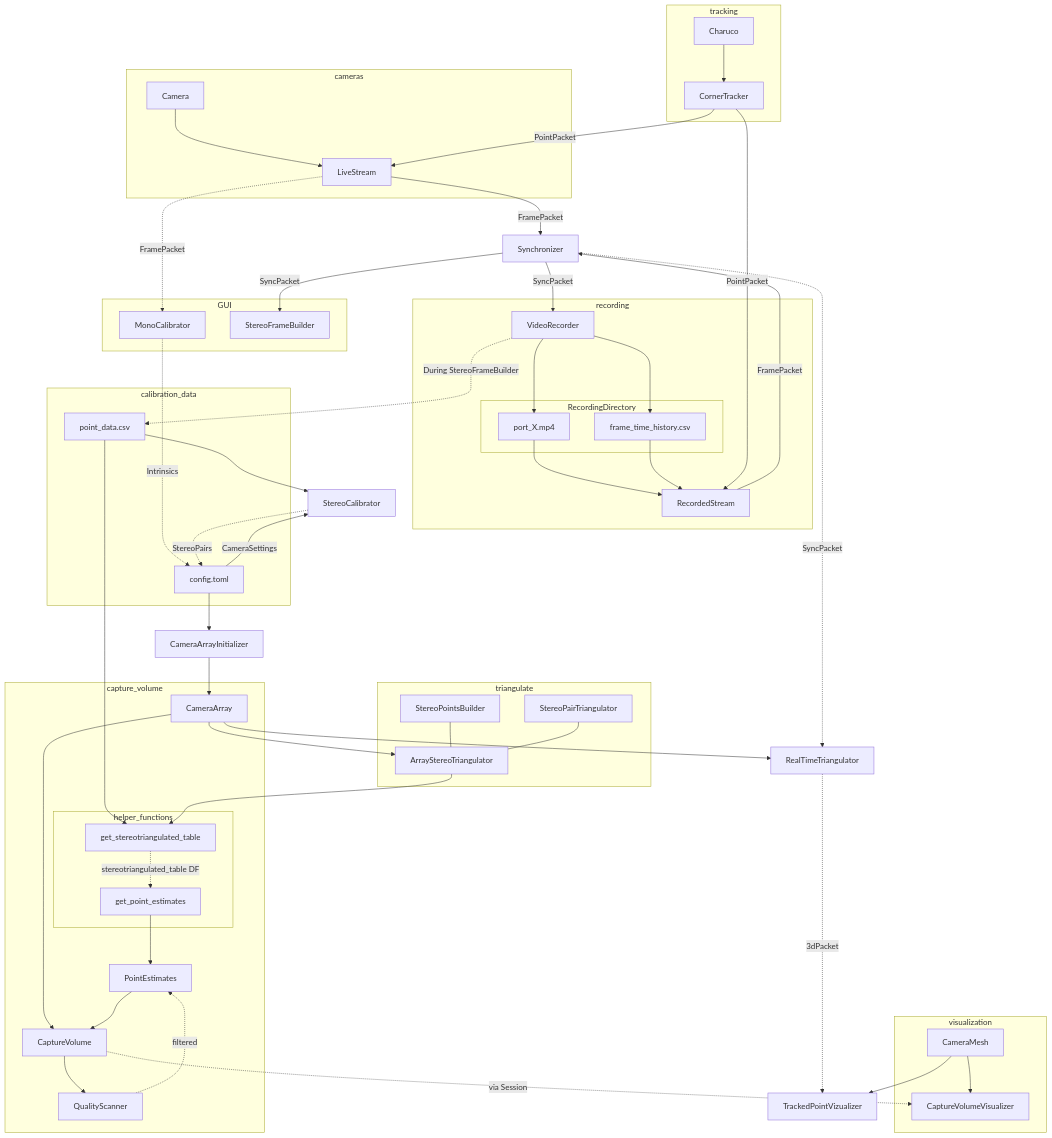
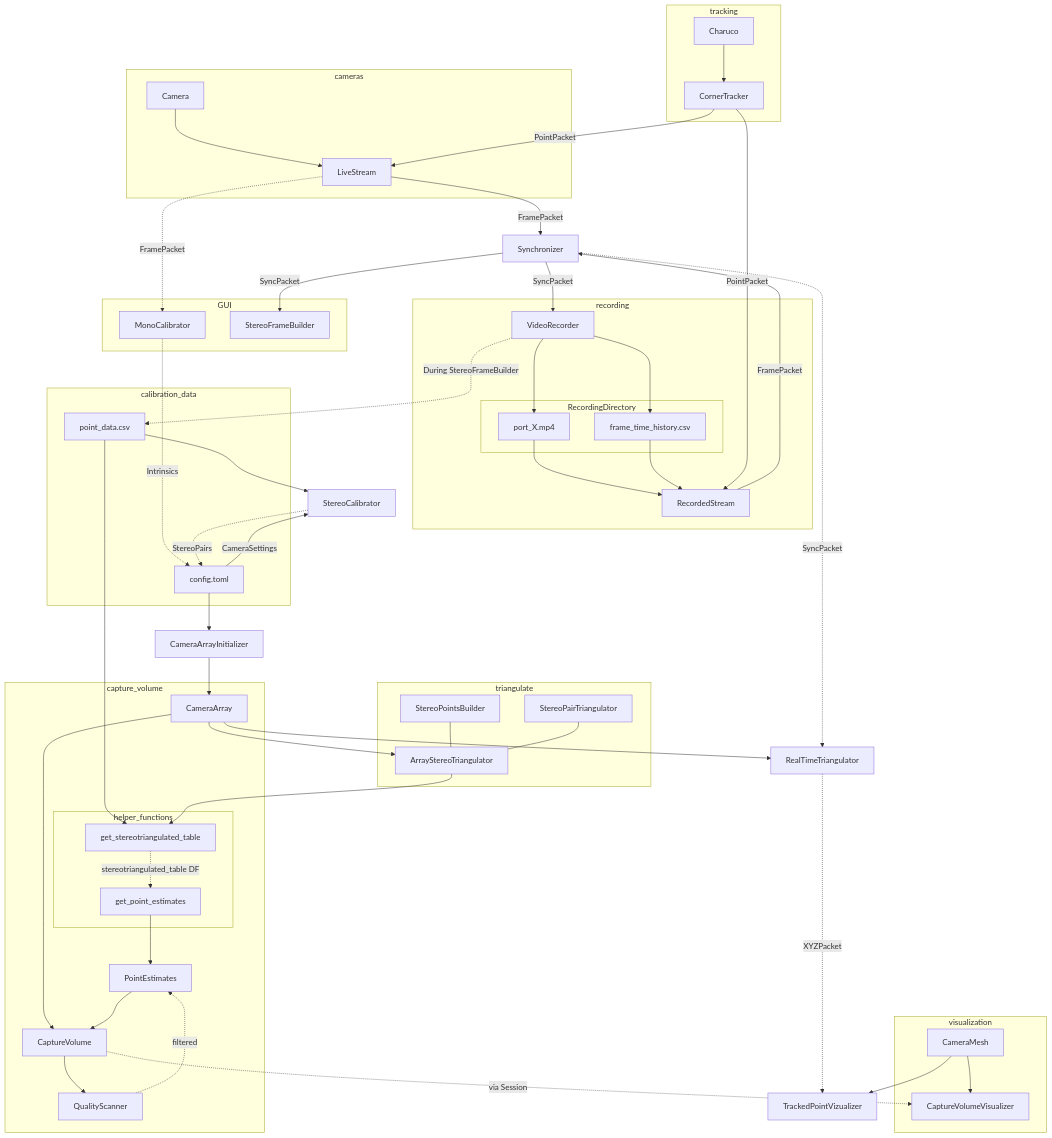
One commit to mprib/caliscope changed the diagram in docs/project_structure.md. Above: the diagram before and after it, drawn with Mermaid. The commit also changed other lines of this file and 4 other files, not shown here.

```diff
--- a/docs/project_structure.md
+++ b/docs/project_structure.md
@@ -57,7 +57,7 @@
 
 CameraArray --> RealTimeTriangulator
 Synchronizer -.SyncPacket.-> RealTimeTriangulator
-RealTimeTriangulator -.3dPacket.-> TrackedPointVizualizer
+RealTimeTriangulator -.XYZPacket.-> TrackedPointVizualizer
 CameraMesh --> TrackedPointVizualizer
 
 
```
